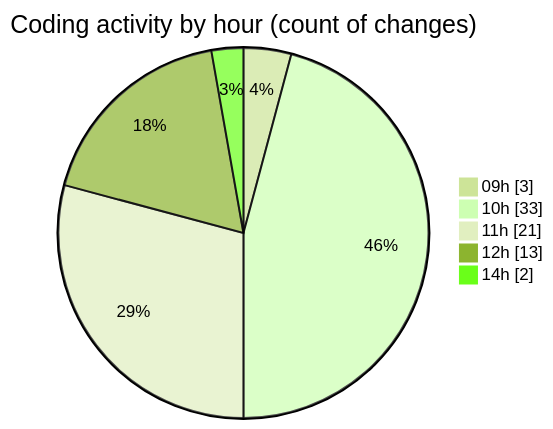
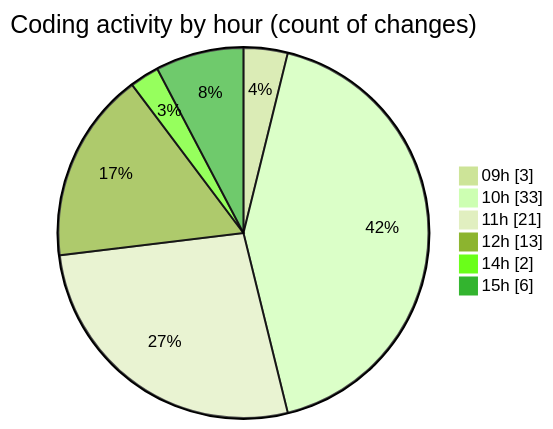
One commit to momahboobian/code-tracking changed the second of 2 diagrams in 2025-10-31/cda/README.md. Above: the diagram before and after it, drawn with Mermaid (forest theme). The commit also changed other lines of this file and 1 other file, not shown here.

````diff
--- a/2025-10-31/cda/README.md
+++ b/2025-10-31/cda/README.md
@@ -38,9 +39,10 @@
 ```mermaid
 pie showData
 title Coding activity by hour (count of changes)
 "09h" : 3
 "10h" : 33
 "11h" : 21
 "12h" : 13
 "14h" : 2
+"15h" : 6
 ```
````
